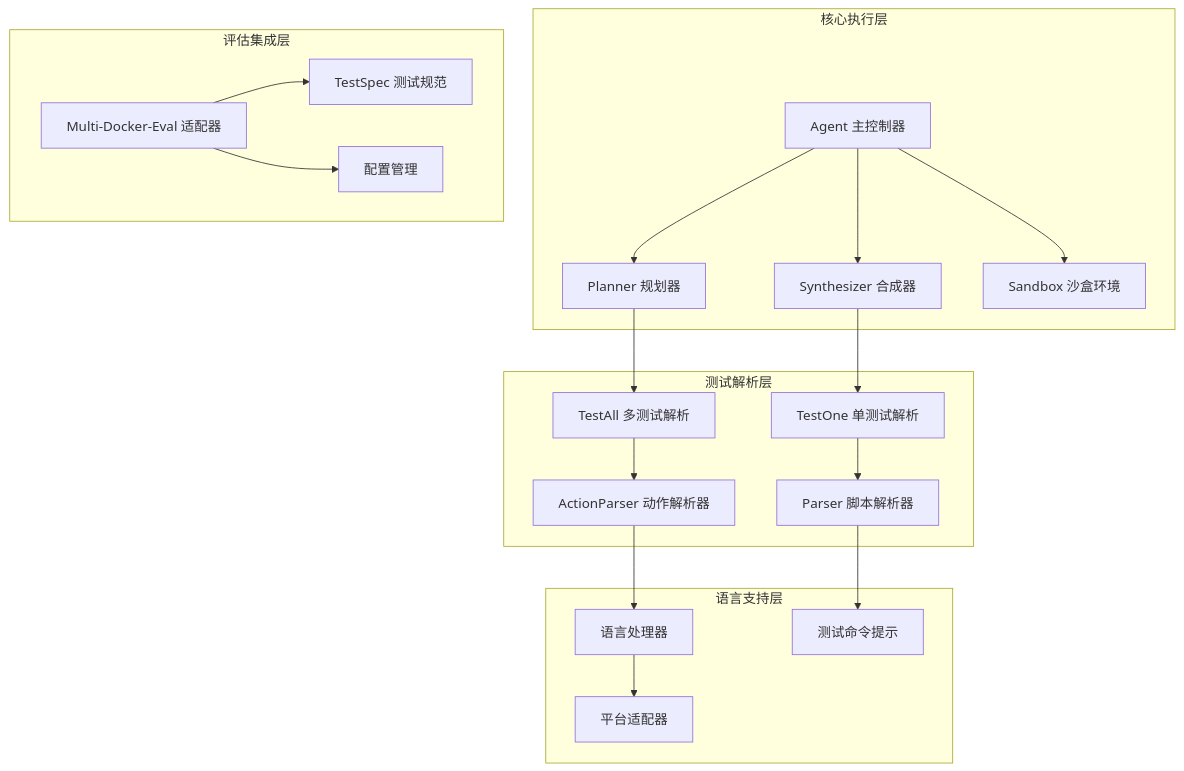
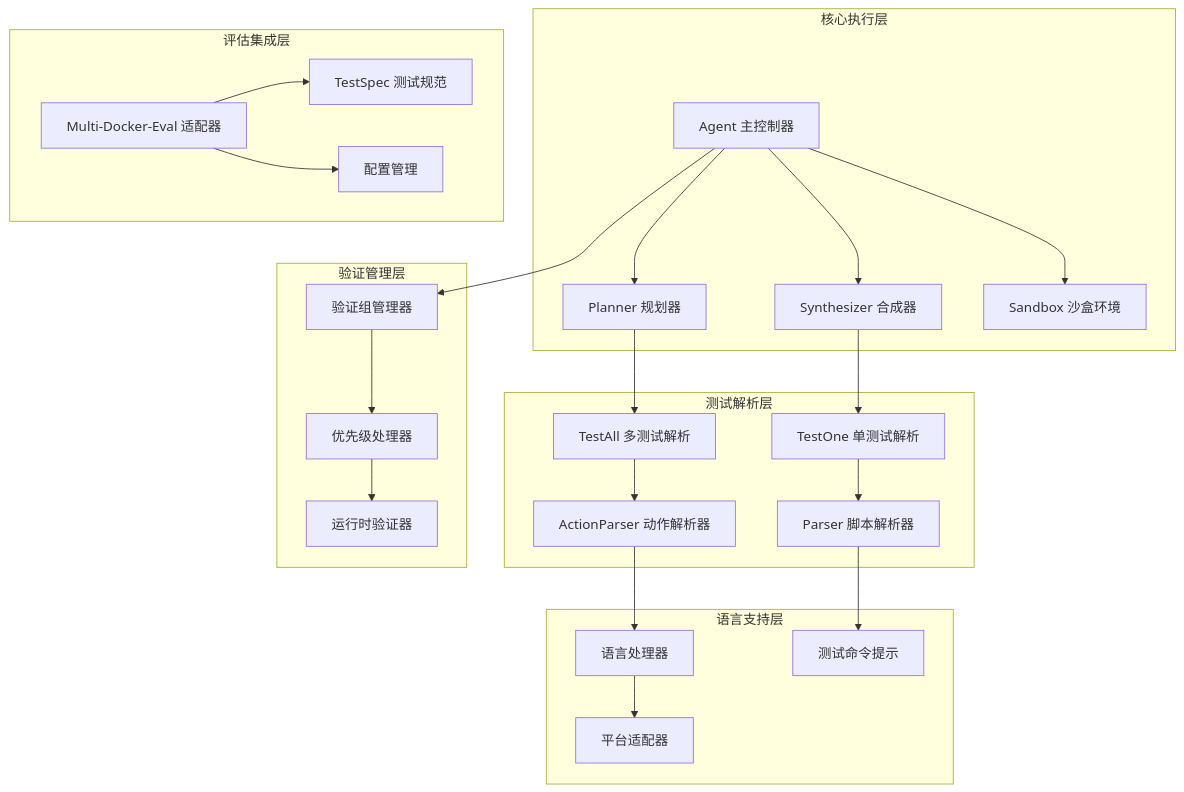
Before and after one commit to Jayint/Jayint-repo: the first of 9 diagrams in .qoder/repowiki/zh/content/核心组件/多Docker评估系统/结构化测试命令解析.md, drawn with Mermaid. The commit also changed other lines of this file and 497 other files, not shown here.

````diff
--- a/.qoder/repowiki/zh/content/核心组件/多Docker评估系统/结构化测试命令解析.md
+++ b/.qoder/repowiki/zh/content/核心组件/多Docker评估系统/结构化测试命令解析.md
@@ -41,37 +57,45 @@
 ```mermaid
 graph TB
 subgraph "核心执行层"
 A[Agent 主控制器]
 B[Planner 规划器]
 C[Synthesizer 合成器]
 D[Sandbox 沙盒环境]
 end
 subgraph "测试解析层"
 E[TestAll 多测试解析]
 F[TestOne 单测试解析]
 G[ActionParser 动作解析器]
 H[Parser 脚本解析器]
 end
 subgraph "语言支持层"
 I[语言处理器]
 J[测试命令提示]
 K[平台适配器]
 end
 subgraph "评估集成层"
 L[Multi-Docker-Eval 适配器]
 M[TestSpec 测试规范]
 N[配置管理]
 end
+subgraph "验证管理层"
+O[验证组管理器]
+P[优先级处理器]
+Q[运行时验证器]
+end
 A --> B
 A --> C
 A --> D
 B --> E
 C --> F
 E --> G
 F --> H
 G --> I
 H --> J
 I --> K
 L --> M
 L --> N
+A --> O
+O --> P
+P --> Q
 ```
````
